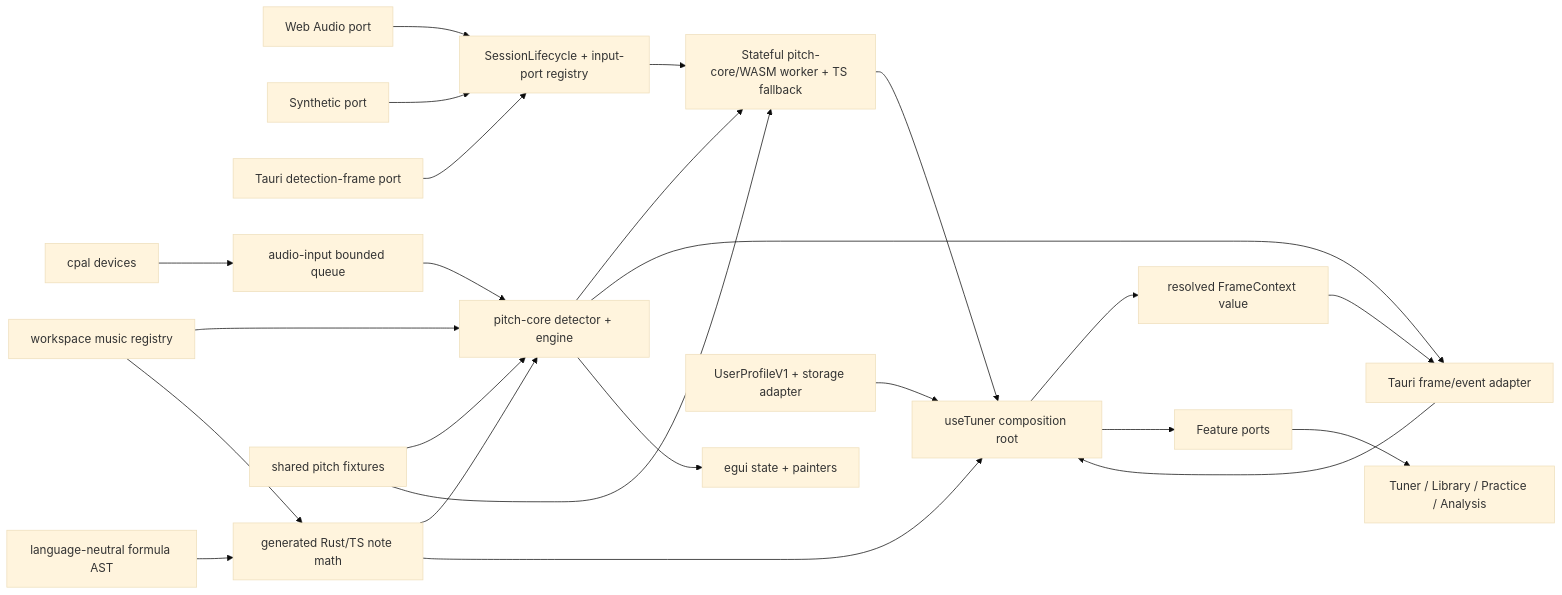
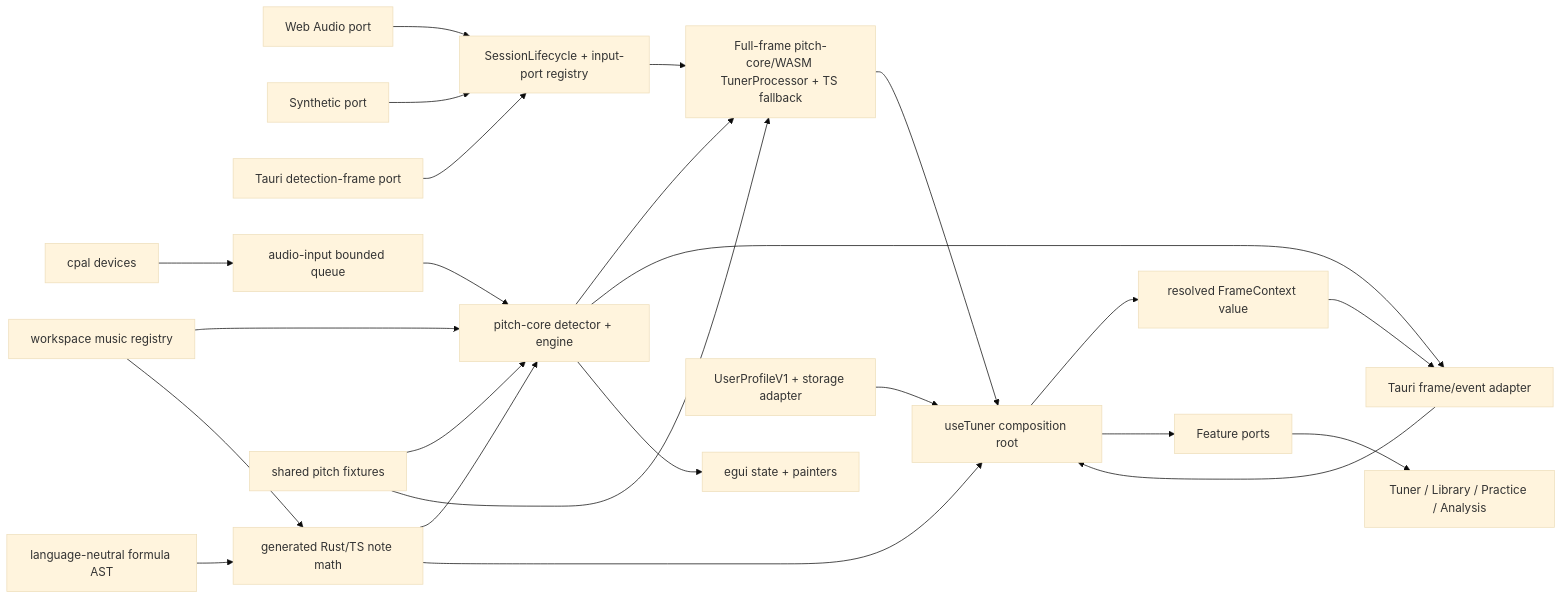
Before and after one commit to themoretheless/tuner: the diagram in ARCHITECTURE.md, drawn with Mermaid (base theme). The commit also changed other lines of this file and 6 other files, not shown here.

Commit message:
Close the full-frame WASM architecture item

````diff
--- a/ARCHITECTURE.md
+++ b/ARCHITECTURE.md
@@ -37,26 +38,26 @@
 ```mermaid
 flowchart LR
   WebMic["Web Audio port"] --> WebSession["SessionLifecycle + input-port registry"]
   Synthetic["Synthetic port"] --> WebSession
   NativePort["Tauri detection-frame port"] --> WebSession
-  WebSession --> WasmWorker["Stateful pitch-core/WASM worker + TS fallback"]
+  WebSession --> WasmWorker["Full-frame pitch-core/WASM TunerProcessor + TS fallback"]
   Cpal["cpal devices"] --> AudioInput["audio-input bounded queue"]
   AudioInput --> Core["pitch-core detector + engine"]
   Core --> WasmWorker
   Core --> Tauri["Tauri frame/event adapter"]
   Core --> Egui["egui state + painters"]
   Registry["workspace music registry"] --> Core
   Registry --> GeneratedMath["generated Rust/TS note math"]
   FormulaAst["language-neutral formula AST"] --> GeneratedMath
   GeneratedMath --> Core
   GeneratedMath --> Composition
   Fixtures["shared pitch fixtures"] --> Core
   Fixtures --> WasmWorker
   WasmWorker --> Composition["useTuner composition root"]
   Tauri --> Composition
   Composition --> FrameContext["resolved FrameContext value"]
   FrameContext --> Tauri
   Profile["UserProfileV1 + storage adapter"] --> Composition
   Composition --> Ports["Feature ports"]
   Ports --> Views["Tuner / Library / Practice / Analysis"]
 ```
````
